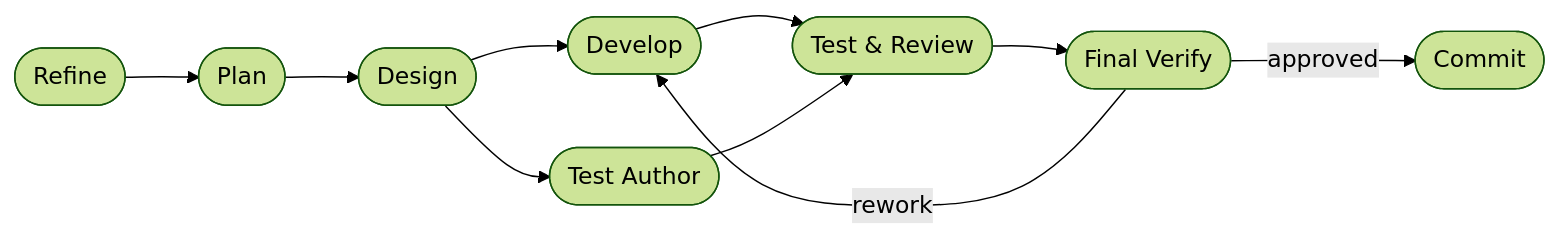
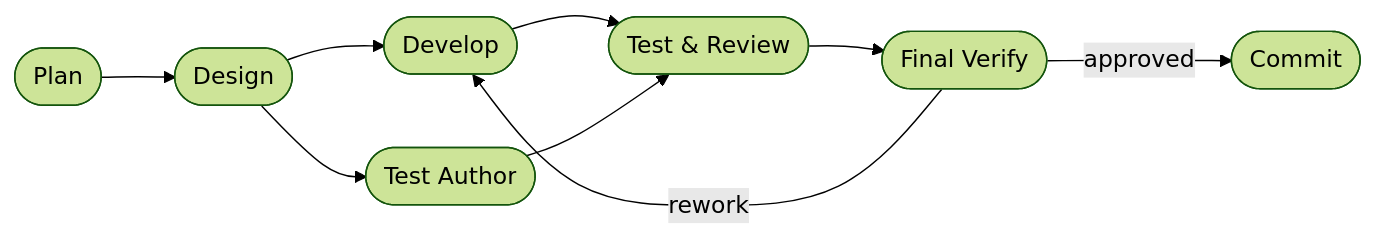
The diagram in .dev/DASHBOARD.md (hjhun/dormammu), drawn with Mermaid (forest theme) before and after one commit. The commit also changed other lines of this file and 2 other files, not shown here.

````diff
--- a/.dev/DASHBOARD.md
+++ b/.dev/DASHBOARD.md
@@ -19,12 +18,11 @@
 ```mermaid
 flowchart LR
-    refine([Refine]) --> plan([Plan])
-    plan --> design([Design])
+    plan([Plan]) --> design([Design])
     design --> develop([Develop])
     design --> test_author([Test Author])
     develop --> test_review([Test & Review])
     test_author --> test_review
     test_review --> final_verify([Final Verify])
     final_verify -->|approved| commit([Commit])
     final_verify -->|rework| develop
 ```
````
